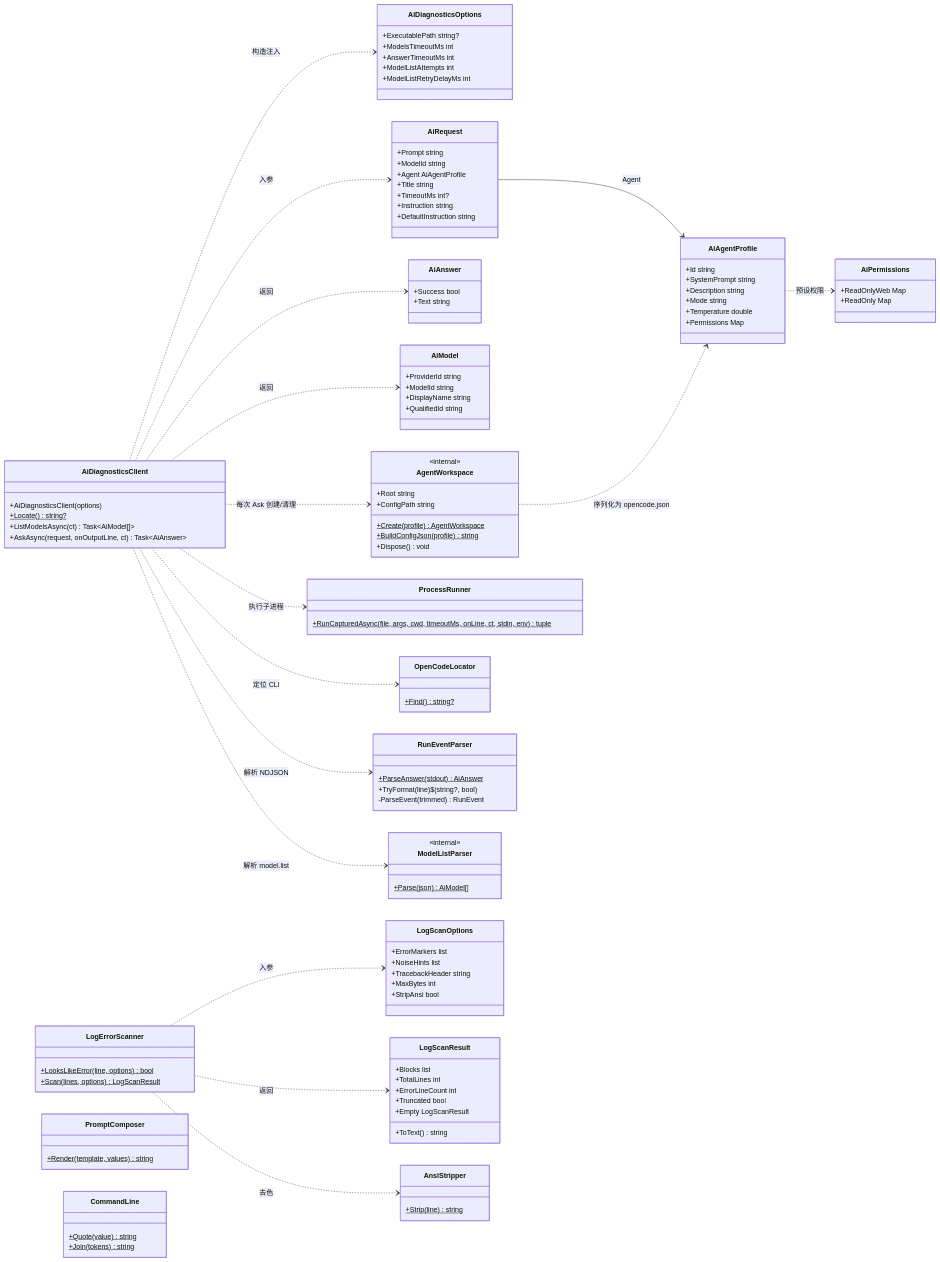
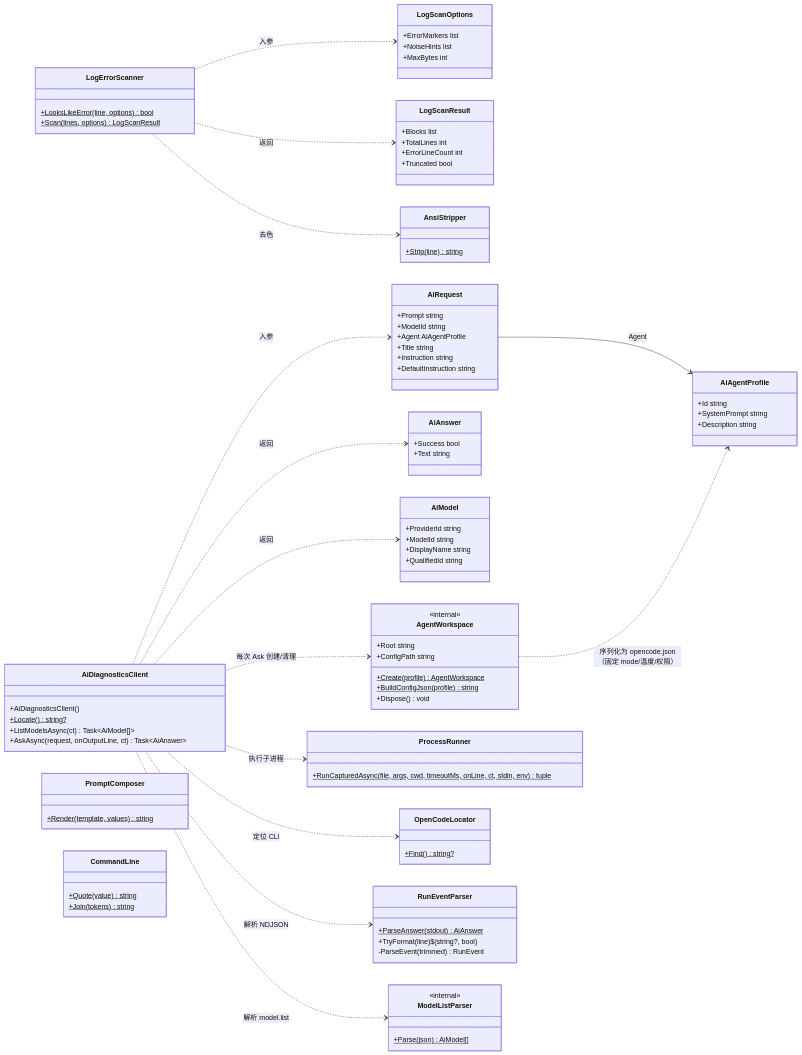
Before and after one commit to self-exiler/SongYueLauncher: the first of 2 diagrams in src/AiDiagnostics/README.md, drawn with Mermaid. The commit also changed other lines of this file and 26 other files, not shown here.

```diff
--- a/src/AiDiagnostics/README.md
+++ b/src/AiDiagnostics/README.md
@@ -225,18 +214,10 @@
     direction LR
 
     class AiDiagnosticsClient {
-        +AiDiagnosticsClient(options)
+        +AiDiagnosticsClient()
         +Locate()$ string?
         +ListModelsAsync(ct) Task~AiModel[]~
         +AskAsync(request, onOutputLine, ct) Task~AiAnswer~
-    }
-
-    class AiDiagnosticsOptions {
-        +ExecutablePath string?
-        +ModelsTimeoutMs int
-        +AnswerTimeoutMs int
-        +ModelListAttempts int
-        +ModelListRetryDelayMs int
     }
 
     class AiRequest {
@@ -244,7 +225,6 @@
         +ModelId string
         +Agent AiAgentProfile
         +Title string
-        +TimeoutMs int?
         +Instruction string
         +DefaultInstruction string
     }
@@ -265,14 +245,6 @@
         +Id string
         +SystemPrompt string
         +Description string
-        +Mode string
-        +Temperature double
-        +Permissions Map
-    }
-
-    class AiPermissions {
-        +ReadOnlyWeb Map
-        +ReadOnly Map
     }
 
     class LogErrorScanner {
@@ -283,9 +255,7 @@
     class LogScanOptions {
         +ErrorMarkers list
         +NoiseHints list
-        +TracebackHeader string
         +MaxBytes int
-        +StripAnsi bool
     }
 
     class LogScanResult {
@@ -293,8 +263,6 @@
         +TotalLines int
         +ErrorLineCount int
         +Truncated bool
-        +Empty LogScanResult
-        +ToText() string
     }
 
     class PromptComposer {
@@ -339,7 +307,6 @@
     }
 
     %% 客户端对外契约
-    AiDiagnosticsClient ..> AiDiagnosticsOptions : 构造注入
     AiDiagnosticsClient ..> AiRequest : 入参
     AiDiagnosticsClient ..> AiAnswer : 返回
     AiDiagnosticsClient ..> AiModel : 返回
@@ -353,8 +320,7 @@
 
     %% 领域模型
     AiRequest --> AiAgentProfile : Agent
-    AiAgentProfile ..> AiPermissions : 预设权限
-    AgentWorkspace ..> AiAgentProfile : 序列化为 opencode.json
+    AgentWorkspace ..> AiAgentProfile : 序列化为 opencode.json（固定 mode/温度/权限）
 
     %% 日志链路
     LogErrorScanner ..> LogScanOptions : 入参
```
